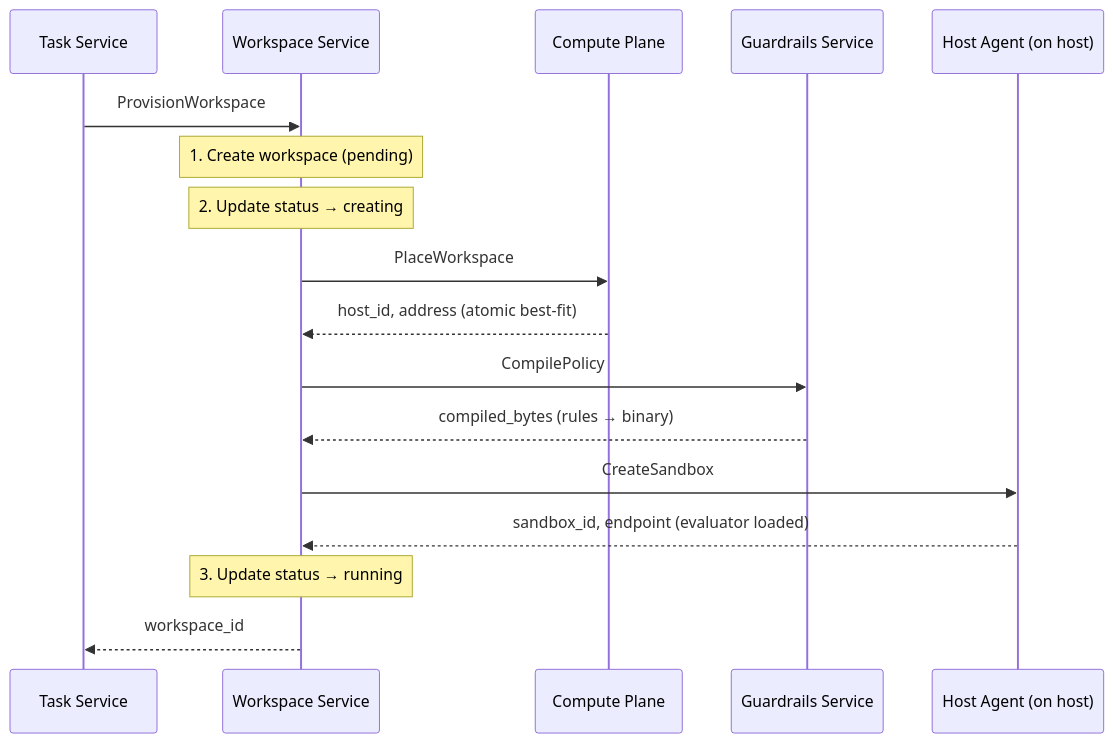
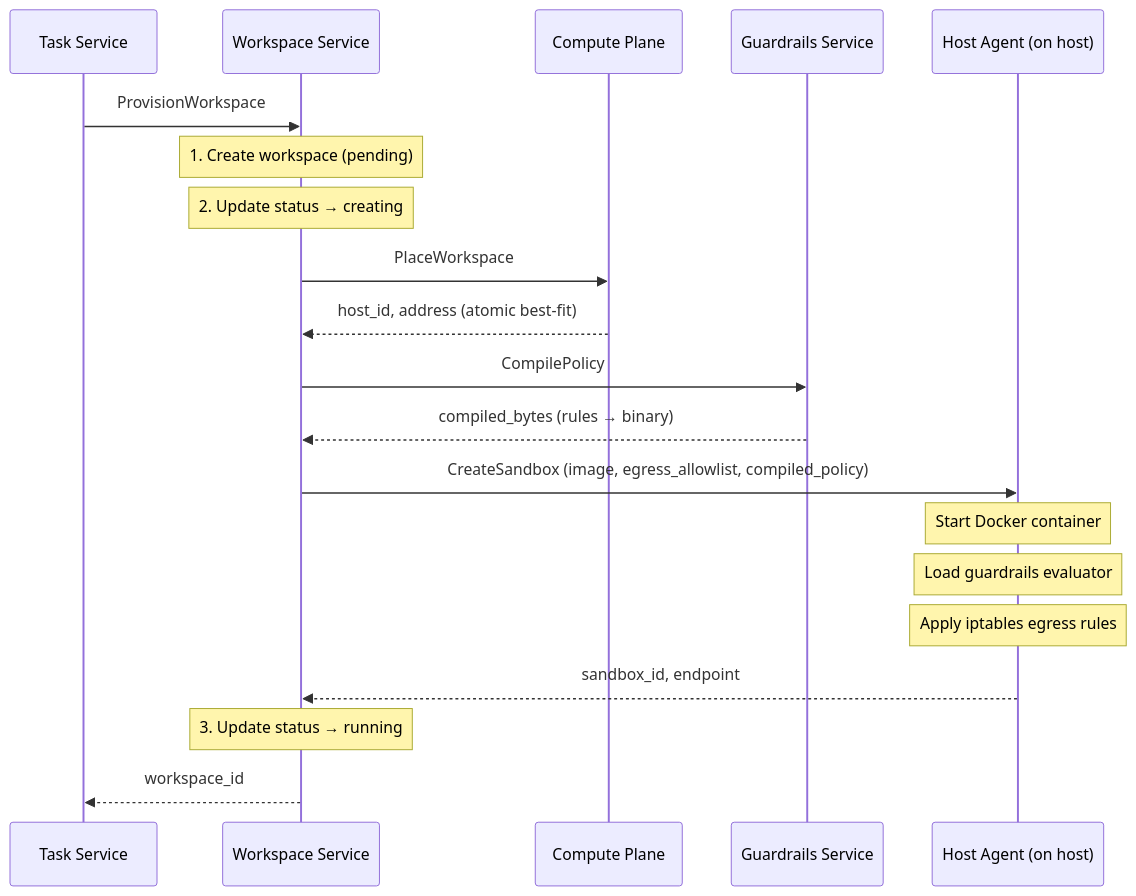
The fourth of 5 diagrams in docs/architecture.md (Baselyne-Systems/agent-sandbox-platform), drawn with Mermaid before and after one commit. The commit also changed other lines of this file and 1 other file, not shown here.

````diff
--- a/docs/architecture.md
+++ b/docs/architecture.md
@@ -239,24 +250,27 @@
 ```mermaid
 sequenceDiagram
     participant Task as Task Service
     participant WS as Workspace Service
     participant Compute as Compute Plane
     participant Guard as Guardrails Service
     participant HA as Host Agent (on host)
 
     Task->>WS: ProvisionWorkspace
     Note over WS: 1. Create workspace (pending)
     Note over WS: 2. Update status → creating
 
     WS->>Compute: PlaceWorkspace
     Compute-->>WS: host_id, address (atomic best-fit)
 
     WS->>Guard: CompilePolicy
     Guard-->>WS: compiled_bytes (rules → binary)
 
-    WS->>HA: CreateSandbox
-    HA-->>WS: sandbox_id, endpoint (evaluator loaded)
+    WS->>HA: CreateSandbox (image, egress_allowlist, compiled_policy)
+    Note over HA: Start Docker container
+    Note over HA: Load guardrails evaluator
+    Note over HA: Apply iptables egress rules
+    HA-->>WS: sandbox_id, endpoint
 
     Note over WS: 3. Update status → running
     WS-->>Task: workspace_id
 ```
````
